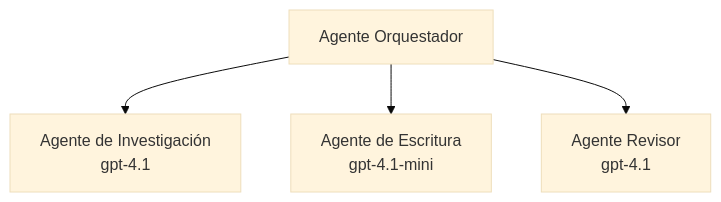
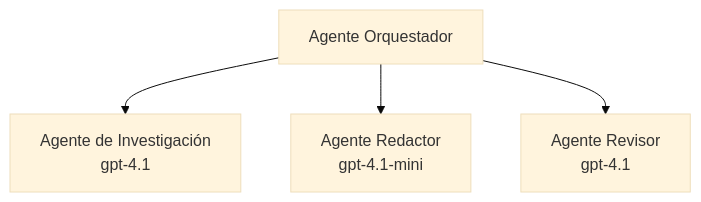
Before and after one commit to microsoft/AZD-for-beginners: the third of 3 diagrams in translations/es/docs/chapter-02-ai-development/agents.md, drawn with Mermaid (base theme). The commit also changed other lines of this file and 99 other files, not shown here.

````diff
--- a/translations/es/docs/chapter-02-ai-development/agents.md
+++ b/translations/es/docs/chapter-02-ai-development/agents.md
@@ -189,6 +194,6 @@
 ```mermaid
 graph TD
     Orchestrator[Agente Orquestador] --> Research[Agente de Investigación<br/>gpt-4.1]
-    Orchestrator --> Writer[Agente de Escritura<br/>gpt-4.1-mini]
+    Orchestrator --> Writer[Agente Redactor<br/>gpt-4.1-mini]
     Orchestrator --> Reviewer[Agente Revisor<br/>gpt-4.1]
 ```
````
